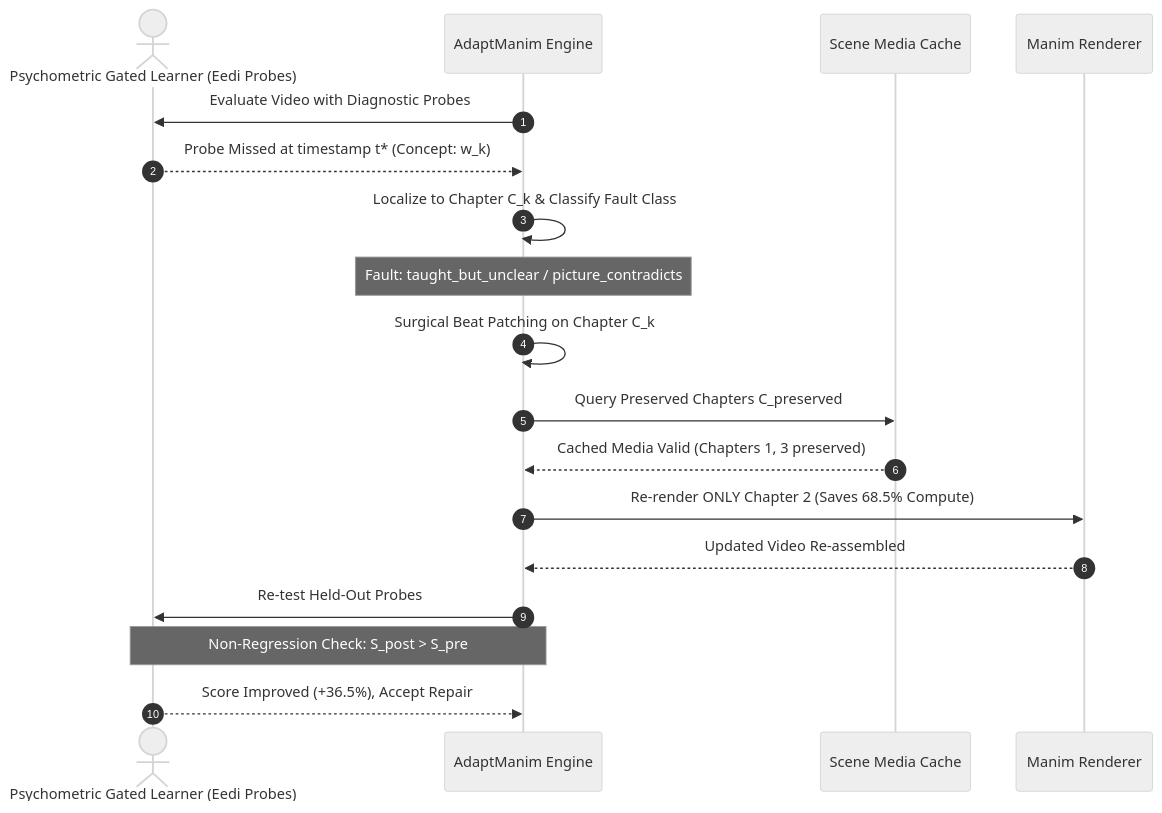
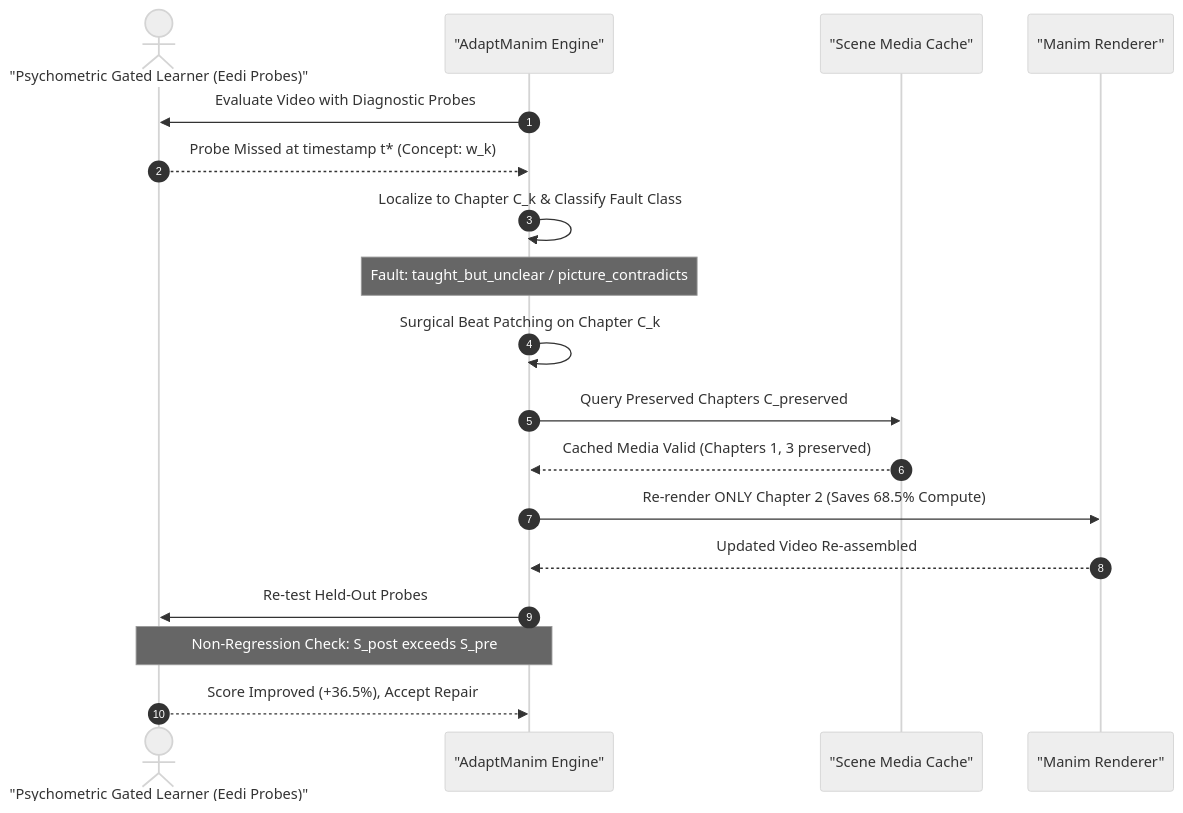
Before and after one commit to MohdHassaan12/Code2Video: the fourth of 4 diagrams in FINAL_PROJECT_REPORT.md, drawn with Mermaid (neutral theme). The commit also changed other lines of this file and 2 other files, not shown here.

Commit message:
fix(docs): quote Mermaid node labels and subgraphs to resolve GitHub render error

````diff
--- a/FINAL_PROJECT_REPORT.md
+++ b/FINAL_PROJECT_REPORT.md
@@ -356,21 +356,21 @@
 ```mermaid
 sequenceDiagram
     autonumber
-    actor Learner as Psychometric Gated Learner (Eedi Probes)
-    participant Engine as AdaptManim Engine
-    participant Cache as Scene Media Cache
-    participant Compiler as Manim Renderer
+    actor Learner as "Psychometric Gated Learner (Eedi Probes)"
+    participant Engine as "AdaptManim Engine"
+    participant Cache as "Scene Media Cache"
+    participant Compiler as "Manim Renderer"
 
     Engine->>Learner: Evaluate Video with Diagnostic Probes
     Learner-->>Engine: Probe Missed at timestamp t* (Concept: w_k)
     Engine->>Engine: Localize to Chapter C_k & Classify Fault Class
     Note over Engine: Fault: taught_but_unclear / picture_contradicts
     Engine->>Engine: Surgical Beat Patching on Chapter C_k
     Engine->>Cache: Query Preserved Chapters C_preserved
     Cache-->>Engine: Cached Media Valid (Chapters 1, 3 preserved)
     Engine->>Compiler: Re-render ONLY Chapter 2 (Saves 68.5% Compute)
     Compiler-->>Engine: Updated Video Re-assembled
     Engine->>Learner: Re-test Held-Out Probes
-    Note over Engine,Learner: Non-Regression Check: S_post > S_pre
+    Note over Engine,Learner: Non-Regression Check: S_post exceeds S_pre
     Learner-->>Engine: Score Improved (+36.5%), Accept Repair
 ```
````
